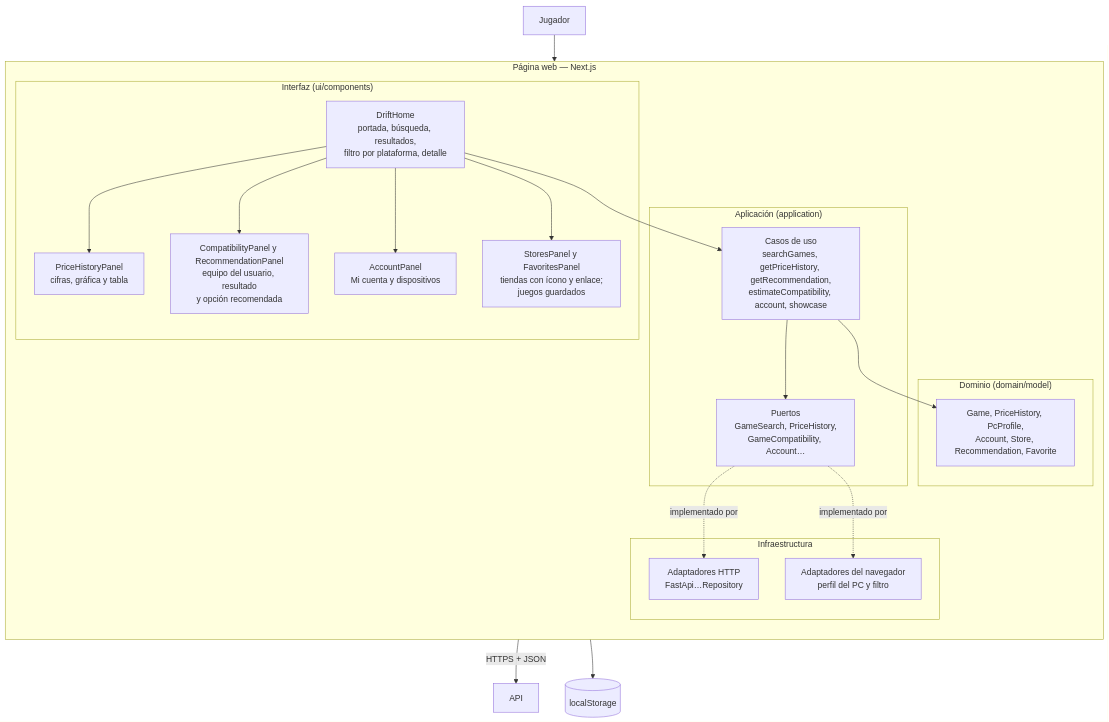
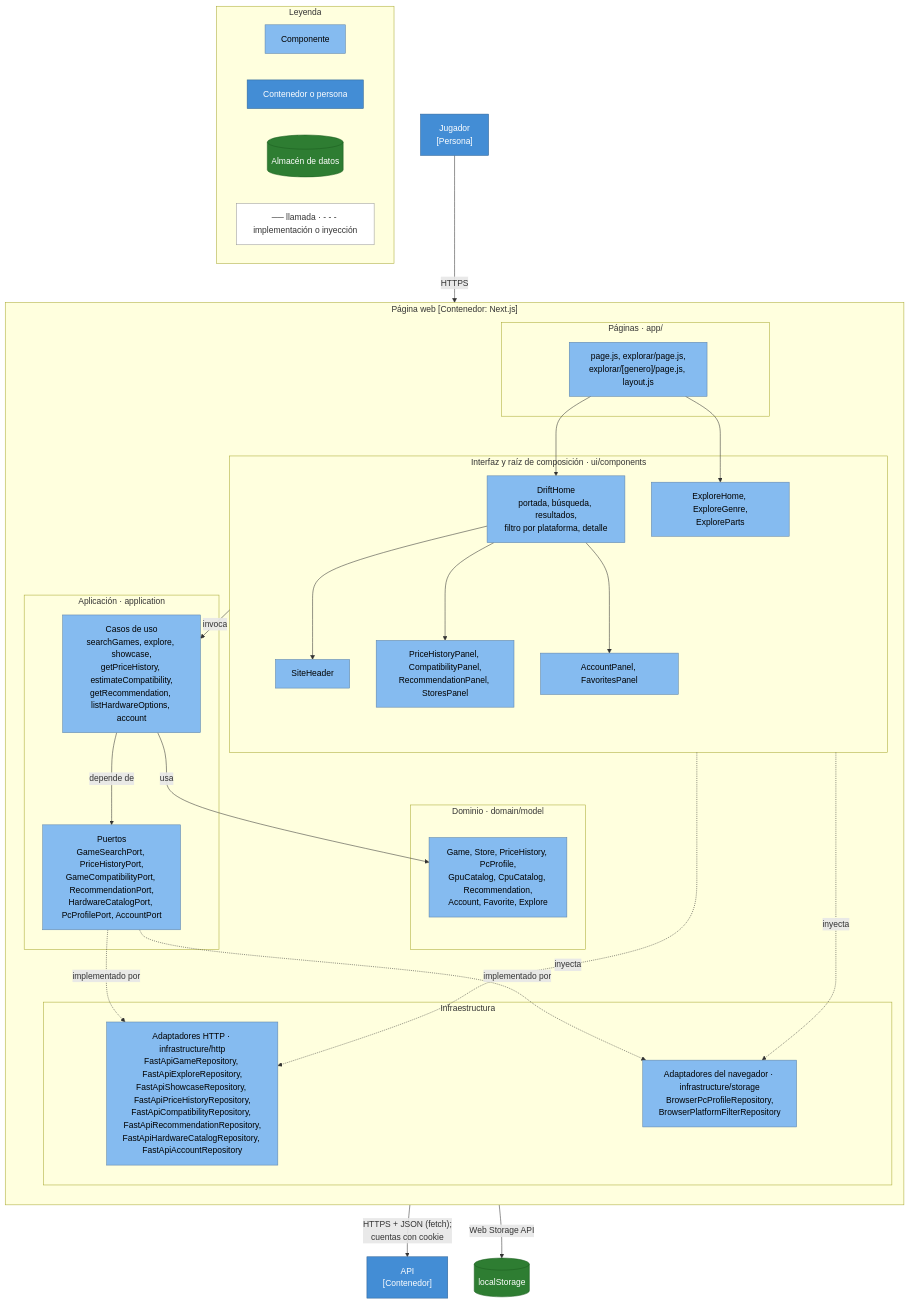
One commit to ISCOUTB/AS_202620_Drift changed the second of 4 diagrams in docs/c4/componentes.md. Above: the diagram before and after it, drawn with Mermaid. The commit also changed other lines of this file and 2 other files, not shown here.

First line of the commit message:
docs(c4): sincronizar los niveles 1 a 3 con master

````diff
--- a/docs/c4/componentes.md
+++ b/docs/c4/componentes.md
@@ -149,46 +185,71 @@
 ```mermaid
 flowchart TB
-    USER["Jugador"]
+    USER["Jugador<br/>[Persona]"]
 
-    subgraph WEB["Página web — Next.js"]
+    subgraph WEB["Página web [Contenedor: Next.js]"]
         direction TB
 
-        subgraph UI["Interfaz (ui/components)"]
-            HOME["DriftHome<br/>portada, búsqueda, resultados,<br/>filtro por plataforma, detalle"]
-            HISTORY_UI["PriceHistoryPanel<br/>cifras, gráfica y tabla"]
-            COMPAT_UI["CompatibilityPanel y RecommendationPanel<br/>equipo del usuario, resultado<br/>y opción recomendada"]
-            ACCOUNT_UI["AccountPanel<br/>Mi cuenta y dispositivos"]
-            STORES_UI["StoresPanel y FavoritesPanel<br/>tiendas con ícono y enlace;<br/>juegos guardados"]
+        subgraph RUTAS["Páginas · app/"]
+            PAGES["page.js, explorar/page.js,<br/>explorar/[genero]/page.js, layout.js"]
         end
 
-        subgraph APP["Aplicación (application)"]
-            USECASES["Casos de uso<br/>searchGames, getPriceHistory, getRecommendation,<br/>estimateCompatibility, account, showcase"]
-            WEB_PORTS["Puertos<br/>GameSearch, PriceHistory,<br/>GameCompatibility, Account…"]
+        subgraph UI["Interfaz y raíz de composición · ui/components"]
+            HOME["DriftHome<br/>portada, búsqueda, resultados,<br/>filtro por plataforma, detalle"]
+            EXPLORE_UI["ExploreHome, ExploreGenre,<br/>ExploreParts"]
+            HEADER["SiteHeader"]
+            PANELS["PriceHistoryPanel, CompatibilityPanel,<br/>RecommendationPanel, StoresPanel"]
+            ACCOUNT_UI["AccountPanel, FavoritesPanel"]
         end
 
-        subgraph DOM["Dominio (domain/model)"]
-            WEB_MODEL["Game, PriceHistory, PcProfile,<br/>Account, Store, Recommendation, Favorite"]
+        subgraph APP["Aplicación · application"]
+            USECASES["Casos de uso<br/>searchGames, explore, showcase,<br/>getPriceHistory, estimateCompatibility,<br/>getRecommendation, listHardwareOptions, account"]
+            WEB_PORTS["Puertos<br/>GameSearchPort, PriceHistoryPort,<br/>GameCompatibilityPort, RecommendationPort,<br/>HardwareCatalogPort, PcProfilePort, AccountPort"]
+        end
+
+        subgraph DOM["Dominio · domain/model"]
+            WEB_MODEL["Game, Store, PriceHistory, PcProfile,<br/>GpuCatalog, CpuCatalog, Recommendation,<br/>Account, Favorite, Explore"]
         end
 
         subgraph INFRA["Infraestructura"]
-            HTTP_ADAPTERS["Adaptadores HTTP<br/>FastApi…Repository"]
-            STORAGE["Adaptadores del navegador<br/>perfil del PC y filtro"]
+            HTTP_ADAPTERS["Adaptadores HTTP · infrastructure/http<br/>FastApiGameRepository, FastApiExploreRepository,<br/>FastApiShowcaseRepository, FastApiPriceHistoryRepository,<br/>FastApiCompatibilityRepository, FastApiRecommendationRepository,<br/>FastApiHardwareCatalogRepository, FastApiAccountRepository"]
+            STORAGE["Adaptadores del navegador · infrastructure/storage<br/>BrowserPcProfileRepository,<br/>BrowserPlatformFilterRepository"]
         end
     end
 
-    API["API"]
+    API["API<br/>[Contenedor]"]
     LOCAL[("localStorage")]
 
-    USER --> HOME
-    HOME --> HISTORY_UI
-    HOME --> COMPAT_UI
+    USER -->|"HTTPS"| PAGES
+    PAGES --> HOME
+    PAGES --> EXPLORE_UI
+    HOME --> HEADER
+    HOME --> PANELS
     HOME --> ACCOUNT_UI
-    HOME --> STORES_UI
-    HOME --> USECASES
-    USECASES --> WEB_PORTS
-    USECASES --> WEB_MODEL
+    UI -->|"invoca"| USECASES
+    UI -.->|"inyecta"| HTTP_ADAPTERS
+    UI -.->|"inyecta"| STORAGE
+    USECASES -->|"depende de"| WEB_PORTS
+    USECASES -->|"usa"| WEB_MODEL
     WEB_PORTS -.->|"implementado por"| HTTP_ADAPTERS
     WEB_PORTS -.->|"implementado por"| STORAGE
-    HTTP_ADAPTERS -->|"HTTPS + JSON"| API
-    STORAGE --> LOCAL
+    HTTP_ADAPTERS -->|"HTTPS + JSON (fetch);<br/>cuentas con cookie"| API
+    STORAGE -->|"Web Storage API"| LOCAL
+
+    subgraph LEYENDA["Leyenda"]
+        direction LR
+        K1["Componente"]
+        K2["Contenedor o persona"]
+        K3[("Almacén de datos")]
+        K4["── llamada · - - - implementación o inyección"]
+    end
+
+    classDef component fill:#85bbf0,stroke:#5d82a8,color:#000000
+    classDef container fill:#438dd5,stroke:#2e6295,color:#ffffff
+    classDef store fill:#2e7d32,stroke:#1b5e20,color:#ffffff
+    classDef note fill:#ffffff,stroke:#999999,color:#333333
+
+    class PAGES,HOME,EXPLORE_UI,HEADER,PANELS,ACCOUNT_UI,USECASES,WEB_PORTS,WEB_MODEL,HTTP_ADAPTERS,STORAGE,K1 component
+    class USER,API,K2 container
+    class LOCAL,K3 store
+    class K4 note
 ```
````
